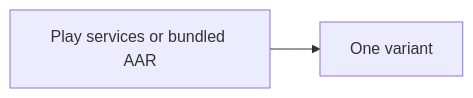
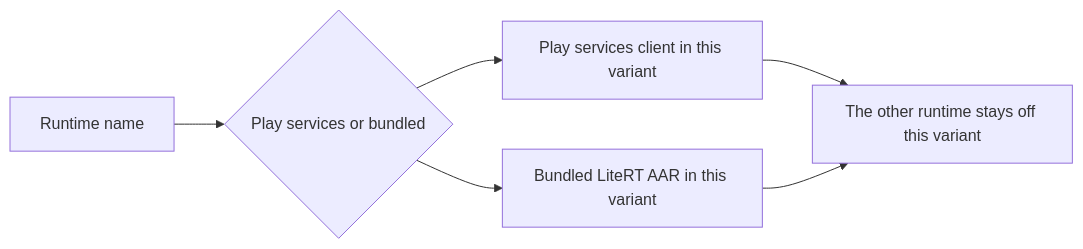
The diagram in lab-litert-runtime/README.md (mohamedmabrouk582/Android-Ai-Lab), drawn with Mermaid before and after one commit. The commit also changed other lines of this file and 41 other files, not shown here.

````diff
--- a/lab-litert-runtime/README.md
+++ b/lab-litert-runtime/README.md
@@ -13,4 +23,8 @@
 ```mermaid
 flowchart LR
-  n0["Play services or bundled AAR"] --> n1["One variant"]
+  name["Runtime name"] --> choice{"Play services or bundled"}
+  choice --> play["Play services client in this variant"]
+  choice --> aar["Bundled LiteRT AAR in this variant"]
+  play --> one["The other runtime stays off this variant"]
+  aar --> one
 ```
````
